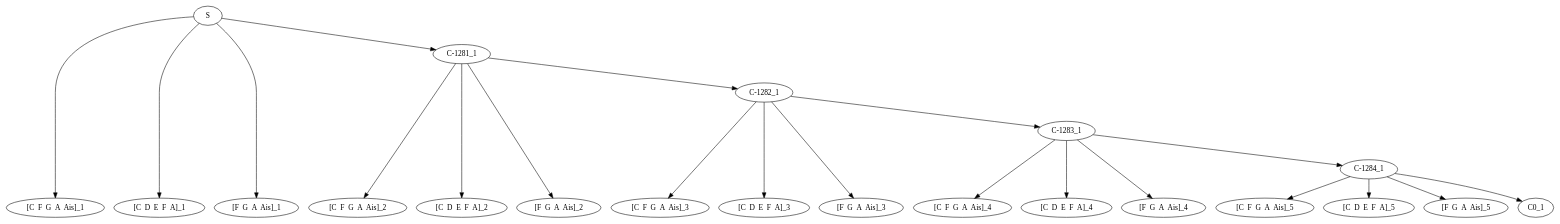
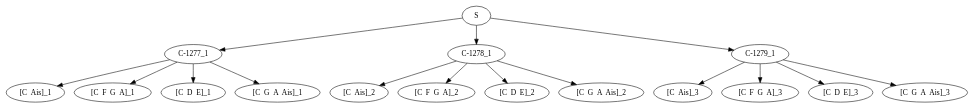
Before and after one commit to dousu/MAILM: the diagram in RESULT/dot/generation_8_utterance_3.dot, drawn with Graphviz. The commit also changed 45 other files, not shown here.

```diff
--- a/RESULT/dot/generation_8_utterance_3.dot
+++ b/RESULT/dot/generation_8_utterance_3.dot
@@ -1,30 +1,21 @@
 digraph sample{
-"S" -> "[C  F  G  A  Ais]_1";
-"S" -> "[C  D  E  F  A]_1";
-"S" -> "[F  G  A  Ais]_1";
-"S" -> "C-1281_1";
-"C-1281_1" -> "[C  F  G  A  Ais]_2";
-"C-1281_1" -> "[C  D  E  F  A]_2";
-"C-1281_1" -> "[F  G  A  Ais]_2";
-"C-1281_1" -> "C-1282_1";
-"C-1282_1" -> "[C  F  G  A  Ais]_3";
-"C-1282_1" -> "[C  D  E  F  A]_3";
-"C-1282_1" -> "[F  G  A  Ais]_3";
-"C-1282_1" -> "C-1283_1";
-"C-1283_1" -> "[C  F  G  A  Ais]_4";
-"C-1283_1" -> "[C  D  E  F  A]_4";
-"C-1283_1" -> "[F  G  A  Ais]_4";
-"C-1283_1" -> "C-1284_1";
-"C-1284_1" -> "[C  F  G  A  Ais]_5";
-"C-1284_1" -> "[C  D  E  F  A]_5";
-"C-1284_1" -> "[F  G  A  Ais]_5";
-"C-1284_1" -> "C0_1";
+"S" -> "C-1277_1";
+"C-1277_1" -> "[C  Ais]_1";
+"C-1277_1" -> "[C  F  G  A]_1";
+"C-1277_1" -> "[C  D  E]_1";
+"C-1277_1" -> "[C  G  A  Ais]_1";
+"S" -> "C-1278_1";
+"C-1278_1" -> "[C  Ais]_2";
+"C-1278_1" -> "[C  F  G  A]_2";
+"C-1278_1" -> "[C  D  E]_2";
+"C-1278_1" -> "[C  G  A  Ais]_2";
+"S" -> "C-1279_1";
+"C-1279_1" -> "[C  Ais]_3";
+"C-1279_1" -> "[C  F  G  A]_3";
+"C-1279_1" -> "[C  D  E]_3";
+"C-1279_1" -> "[C  G  A  Ais]_3";
 
 {rank = min; "S";}
-{rank = same; "C-1281_1";}
-{rank = same; "C-1282_1";}
-{rank = same; "C-1283_1";}
-{rank = same; "C-1284_1";}
-{rank = same; "C0_1";}
-{rank = same; "[C  D  E  F  A]_1"; "[C  D  E  F  A]_2"; "[C  D  E  F  A]_3"; "[C  D  E  F  A]_4"; "[C  D  E  F  A]_5"; "[C  F  G  A  Ais]_1"; "[C  F  G  A  Ais]_2"; "[C  F  G  A  Ais]_3"; "[C  F  G  A  Ais]_4"; "[C  F  G  A  Ais]_5"; "[F  G  A  Ais]_1"; "[F  G  A  Ais]_2"; "[F  G  A  Ais]_3"; "[F  G  A  Ais]_4"; "[F  G  A  Ais]_5";}
+{rank = same; "C-1277_1"; "C-1278_1"; "C-1279_1";}
+{rank = same; "[C  Ais]_1"; "[C  Ais]_2"; "[C  Ais]_3"; "[C  D  E]_1"; "[C  D  E]_2"; "[C  D  E]_3"; "[C  F  G  A]_1"; "[C  F  G  A]_2"; "[C  F  G  A]_3"; "[C  G  A  Ais]_1"; "[C  G  A  Ais]_2"; "[C  G  A  Ais]_3";}
 }
```
